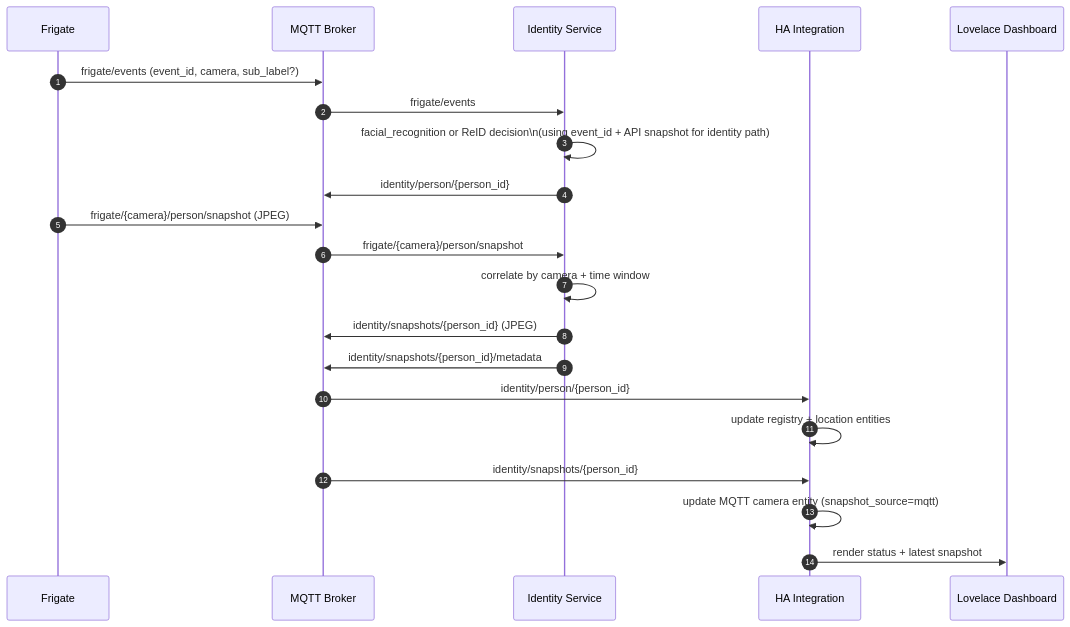
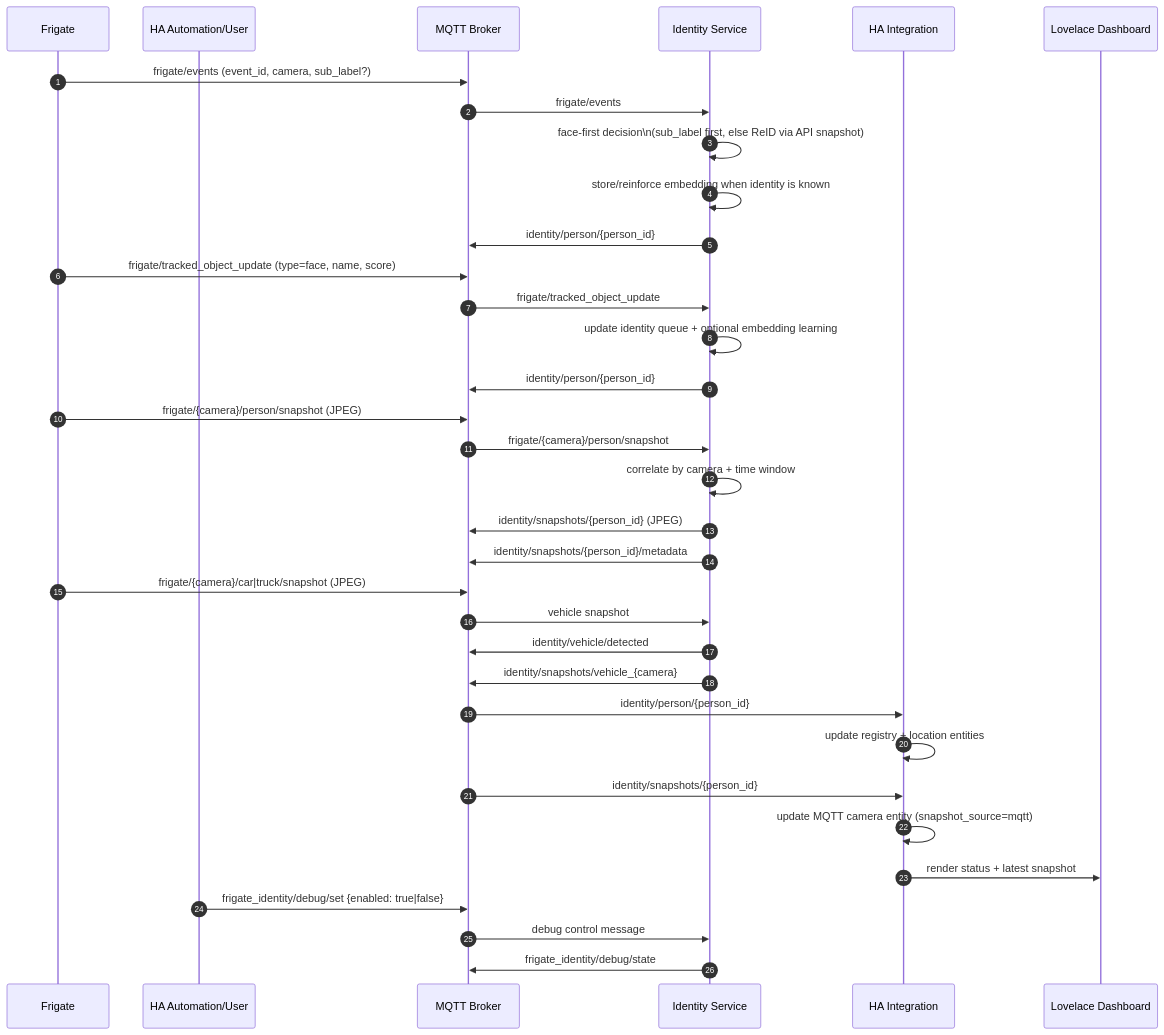
One commit to awayman/frigate_identity_service changed the second of 2 diagrams in README.md. Above: the diagram before and after it, drawn with Mermaid. The commit also changed other lines of this file, not shown here.

Commit message:
feat: Enhance README with detailed architecture and snapshot flow descriptions

````diff
--- a/README.md
+++ b/README.md
@@ -100,28 +126,44 @@
 ```mermaid
 sequenceDiagram
   autonumber
   participant F as Frigate
+  participant A as HA Automation/User
   participant M as MQTT Broker
   participant S as Identity Service
   participant H as HA Integration
   participant D as Lovelace Dashboard
 
   F->>M: frigate/events (event_id, camera, sub_label?)
   M->>S: frigate/events
-  S->>S: facial_recognition or ReID decision\n(using event_id + API snapshot for identity path)
+  S->>S: face-first decision\n(sub_label first, else ReID via API snapshot)
+  S->>S: store/reinforce embedding when identity is known
+  S->>M: identity/person/{person_id}
+
+  F->>M: frigate/tracked_object_update (type=face, name, score)
+  M->>S: frigate/tracked_object_update
+  S->>S: update identity queue + optional embedding learning
   S->>M: identity/person/{person_id}
 
   F->>M: frigate/{camera}/person/snapshot (JPEG)
   M->>S: frigate/{camera}/person/snapshot
   S->>S: correlate by camera + time window
   S->>M: identity/snapshots/{person_id} (JPEG)
   S->>M: identity/snapshots/{person_id}/metadata
 
+  F->>M: frigate/{camera}/car|truck/snapshot (JPEG)
+  M->>S: vehicle snapshot
+  S->>M: identity/vehicle/detected
+  S->>M: identity/snapshots/vehicle_{camera}
+
   M->>H: identity/person/{person_id}
   H->>H: update registry + location entities
 
   M->>H: identity/snapshots/{person_id}
   H->>H: update MQTT camera entity (snapshot_source=mqtt)
 
   H->>D: render status + latest snapshot
+
+  A->>M: frigate_identity/debug/set {enabled: true|false}
+  M->>S: debug control message
+  S->>M: frigate_identity/debug/state
 ```
````
